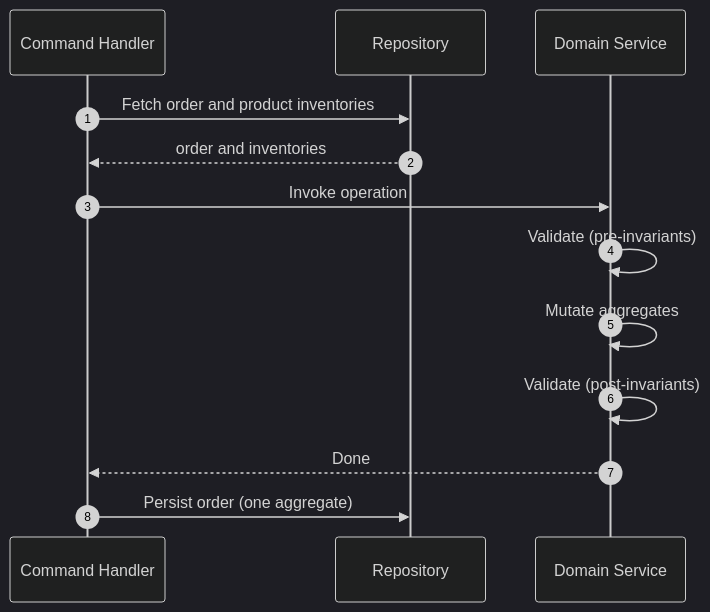
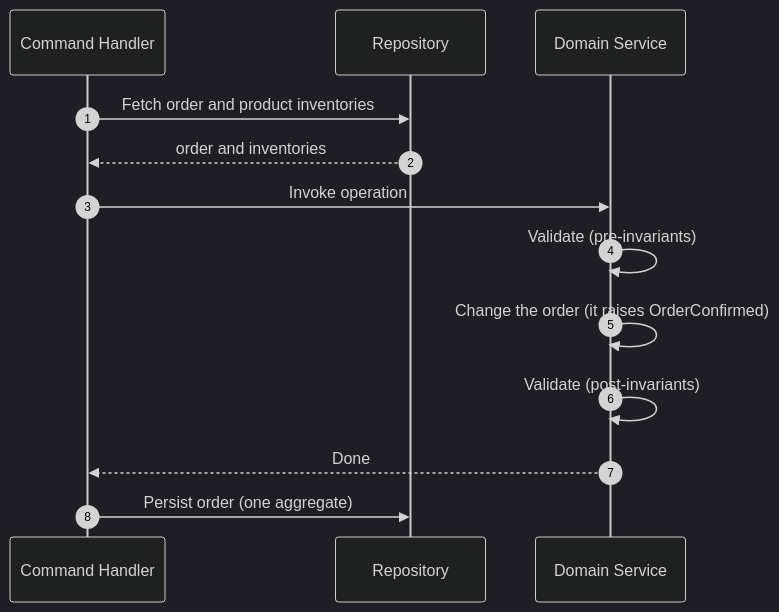
The diagram in docs/guides/domain-behavior/domain-services.md (proteanhq/protean), drawn with Mermaid (dark theme) before and after one commit. The commit also changed other lines of this file and 90 other files, not shown here.

````diff
--- a/docs/guides/domain-behavior/domain-services.md
+++ b/docs/guides/domain-behavior/domain-services.md
@@ -137,12 +139,12 @@
 ```mermaid
 sequenceDiagram
   autonumber
   Command Handler->>Repository: Fetch order and product inventories
   Repository-->>Command Handler: order and inventories
   Command Handler->>Domain Service: Invoke operation
   Domain Service->>Domain Service: Validate (pre-invariants)
-  Domain Service->>Domain Service: Mutate aggregates
+  Domain Service->>Domain Service: Change the order (it raises OrderConfirmed)
   Domain Service->>Domain Service: Validate (post-invariants)
   Domain Service-->>Command Handler: Done
   Command Handler->>Repository: Persist order (one aggregate)
 ```
````
